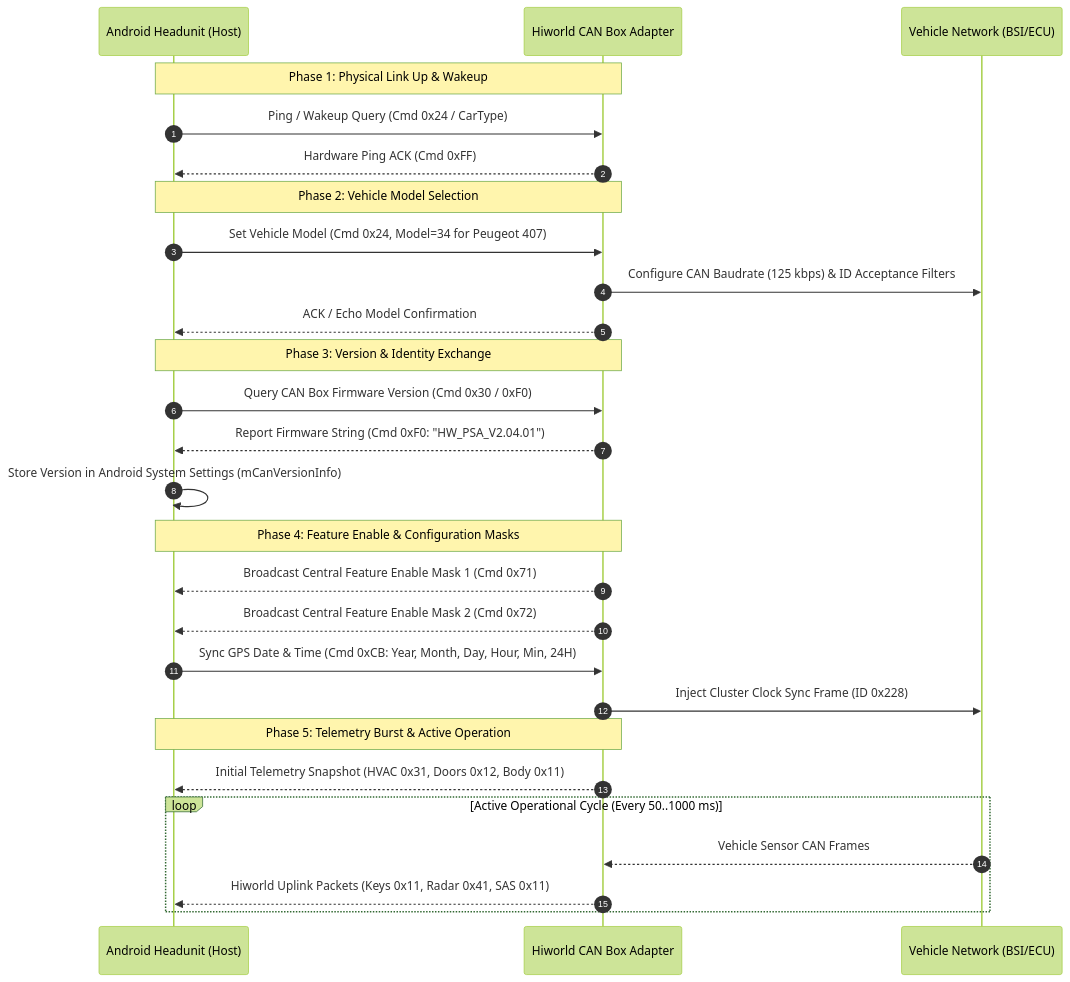
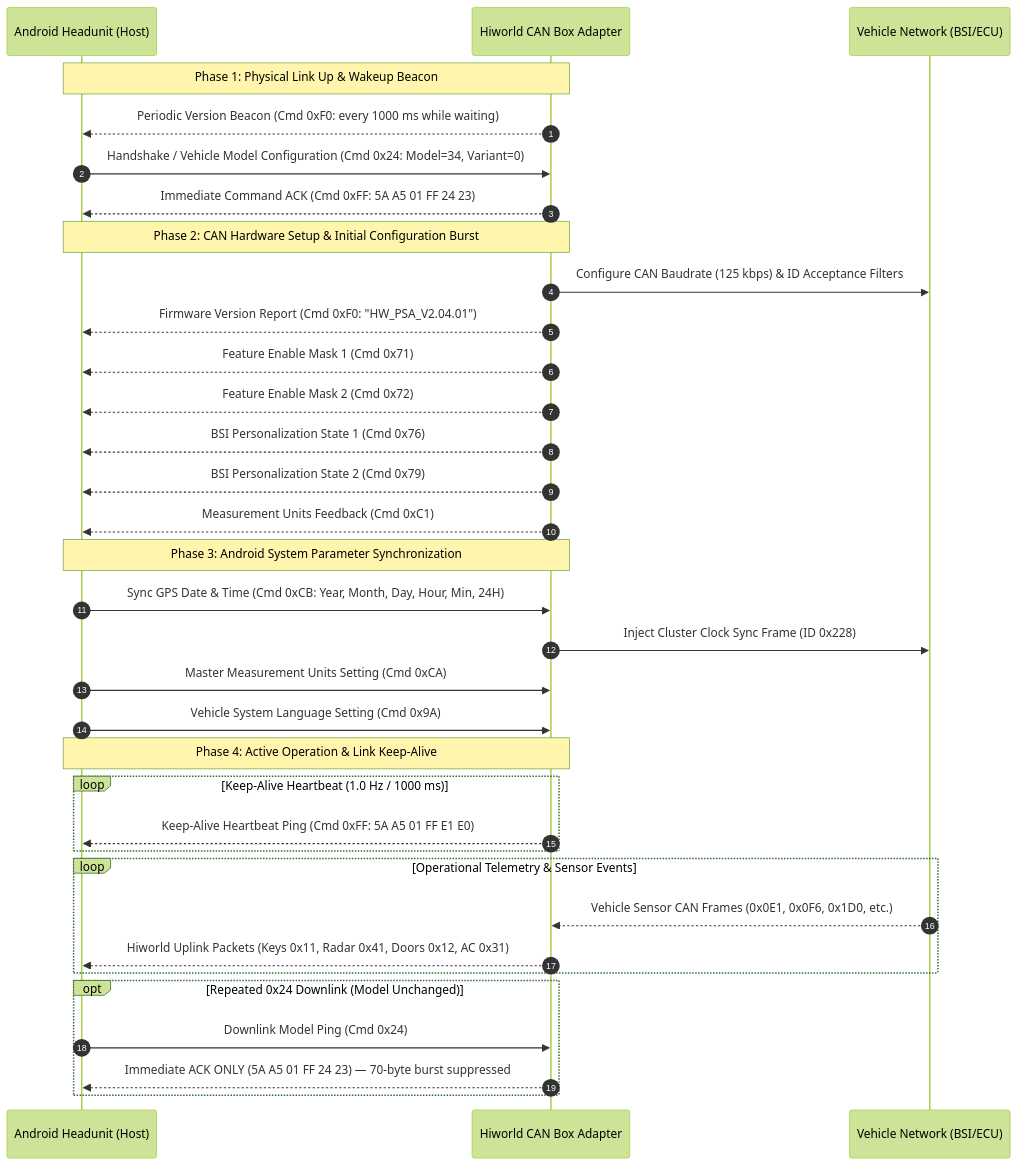
Before and after one commit to fazerxlo/canbox-core: the diagram in doc/CANBOX_SPEC_HIWORLD_GENERIC_CONNECTION_PHASE.md, drawn with Mermaid (forest theme). The commit also changed other lines of this file and 8 other files, not shown here.

First line of the commit message:
feat(protocol): add 0x24 handshake ACK, throttle heartbeat to 1Hz, and prevent burst flooding

````diff
--- a/doc/CANBOX_SPEC_HIWORLD_GENERIC_CONNECTION_PHASE.md
+++ b/doc/CANBOX_SPEC_HIWORLD_GENERIC_CONNECTION_PHASE.md
@@ -124,34 +125,40 @@
 ```mermaid
 sequenceDiagram
     autonumber
     participant HU as Android Headunit (Host)
     participant CB as Hiworld CAN Box Adapter
     participant CAN as Vehicle Network (BSI/ECU)
 
-    Note over HU,CB: Phase 1: Physical Link Up & Wakeup
-    HU->>CB: Ping / Wakeup Query (Cmd 0x24 / CarType)
-    CB-->>HU: Hardware Ping ACK (Cmd 0xFF)
+    Note over HU,CB: Phase 1: Physical Link Up & Wakeup Beacon
+    CB-->>HU: Periodic Version Beacon (Cmd 0xF0: every 1000 ms while waiting)
+    HU->>CB: Handshake / Vehicle Model Configuration (Cmd 0x24: Model=34, Variant=0)
+    CB-->>HU: Immediate Command ACK (Cmd 0xFF: 5A A5 01 FF 24 23)
 
-    Note over HU,CB: Phase 2: Vehicle Model Selection
-    HU->>CB: Set Vehicle Model (Cmd 0x24, Model=34 for Peugeot 407)
+    Note over HU,CB: Phase 2: CAN Hardware Setup & Initial Configuration Burst
     CB->>CAN: Configure CAN Baudrate (125 kbps) & ID Acceptance Filters
-    CB-->>HU: ACK / Echo Model Confirmation
+    CB-->>HU: Firmware Version Report (Cmd 0xF0: "HW_PSA_V2.04.01")
+    CB-->>HU: Feature Enable Mask 1 (Cmd 0x71)
+    CB-->>HU: Feature Enable Mask 2 (Cmd 0x72)
+    CB-->>HU: BSI Personalization State 1 (Cmd 0x76)
+    CB-->>HU: BSI Personalization State 2 (Cmd 0x79)
+    CB-->>HU: Measurement Units Feedback (Cmd 0xC1)
 
-    Note over HU,CB: Phase 3: Version & Identity Exchange
-    HU->>CB: Query CAN Box Firmware Version (Cmd 0x30 / 0xF0)
-    CB-->>HU: Report Firmware String (Cmd 0xF0: "HW_PSA_V2.04.01")
-    HU->>HU: Store Version in Android System Settings (mCanVersionInfo)
-
-    Note over HU,CB: Phase 4: Feature Enable & Configuration Masks
-    CB-->>HU: Broadcast Central Feature Enable Mask 1 (Cmd 0x71)
-    CB-->>HU: Broadcast Central Feature Enable Mask 2 (Cmd 0x72)
+    Note over HU,CB: Phase 3: Android System Parameter Synchronization
     HU->>CB: Sync GPS Date & Time (Cmd 0xCB: Year, Month, Day, Hour, Min, 24H)
     CB->>CAN: Inject Cluster Clock Sync Frame (ID 0x228)
+    HU->>CB: Master Measurement Units Setting (Cmd 0xCA)
+    HU->>CB: Vehicle System Language Setting (Cmd 0x9A)
 
-    Note over HU,CB: Phase 5: Telemetry Burst & Active Operation
-    CB-->>HU: Initial Telemetry Snapshot (HVAC 0x31, Doors 0x12, Body 0x11)
-    loop Active Operational Cycle (Every 50..1000 ms)
-        CAN-->>CB: Vehicle Sensor CAN Frames
-        CB-->>HU: Hiworld Uplink Packets (Keys 0x11, Radar 0x41, SAS 0x11)
+    Note over HU,CB: Phase 4: Active Operation & Link Keep-Alive
+    loop Keep-Alive Heartbeat (1.0 Hz / 1000 ms)
+        CB-->>HU: Keep-Alive Heartbeat Ping (Cmd 0xFF: 5A A5 01 FF E1 E0)
+    end
+    loop Operational Telemetry & Sensor Events
+        CAN-->>CB: Vehicle Sensor CAN Frames (0x0E1, 0x0F6, 0x1D0, etc.)
+        CB-->>HU: Hiworld Uplink Packets (Keys 0x11, Radar 0x41, Doors 0x12, AC 0x31)
+    end
+    opt Repeated 0x24 Downlink (Model Unchanged)
+        HU->>CB: Downlink Model Ping (Cmd 0x24)
+        CB-->>HU: Immediate ACK ONLY (5A A5 01 FF 24 23) — 70-byte burst suppressed
     end
 ```
````
